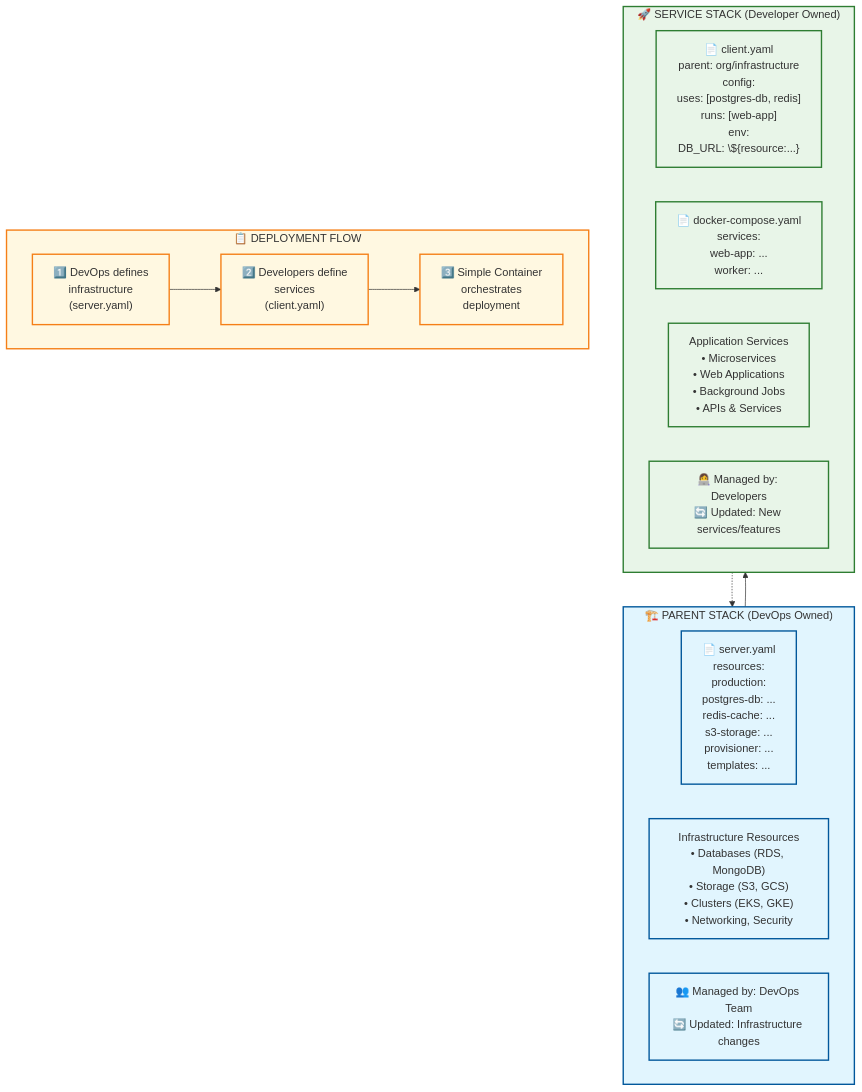
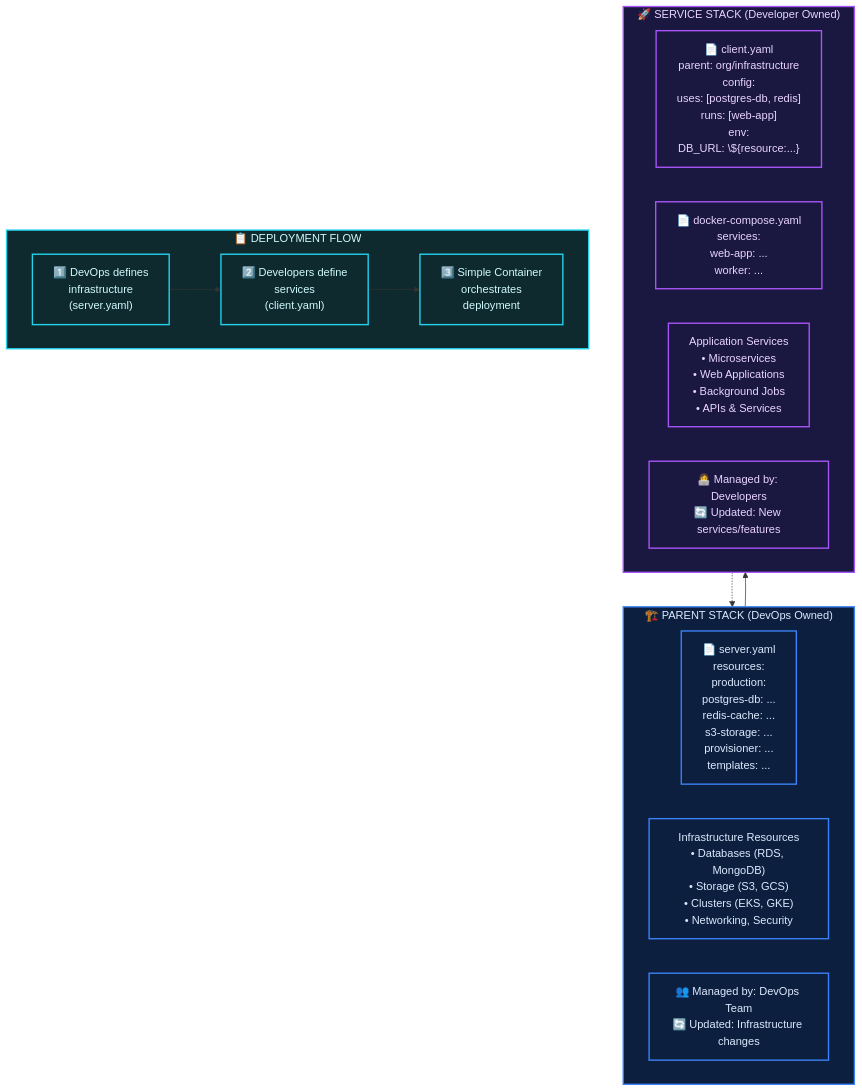
One commit to simple-container-com/api changed the diagram in docs/docs/concepts/main-concepts.md. Above: the diagram before and after it, drawn with Mermaid.

Commit message:
docs: dark mermaid classDef fills on main-concepts diagram
The Architecture Overview diagram had hardcoded pastel classDef
fills (#e1f5fe, #e8f5e8, #fff8e1) that override the global mermaid
theme variables. On the dark page background these rendered as
near-white blobs with dark green/blue text — unreadable.

Replace with dark fills aligned to landing palette while keeping
three-way distinction between subgraphs:
- parentStack: dark blue (#0c1f3f / #3b82f6 stroke / #dbeafe text)
- serviceStack: dark purple (#1a1740 / #a855f7 / #e9d5ff)
- deployFlow: dark cyan (#0f2a2e / #22d3ee / #cffafe)

````diff
--- a/docs/docs/concepts/main-concepts.md
+++ b/docs/docs/concepts/main-concepts.md
@@ -16,35 +16,35 @@
 ```mermaid
 graph TB
     subgraph PS ["🏗️ PARENT STACK (DevOps Owned)"]
         SY["📄 server.yaml<br/>resources:<br/>  production:<br/>    postgres-db: ...<br/>    redis-cache: ...<br/>    s3-storage: ...<br/>provisioner: ...<br/>templates: ..."]
         IR["Infrastructure Resources<br/>• Databases (RDS, MongoDB)<br/>• Storage (S3, GCS)<br/>• Clusters (EKS, GKE)<br/>• Networking, Security"]
         PSN["👥 Managed by: DevOps Team<br/>🔄 Updated: Infrastructure changes"]
     end
     
     subgraph SS ["🚀 SERVICE STACK (Developer Owned)"]
         CY["📄 client.yaml<br/>parent: org/infrastructure<br/>config:<br/>  uses: [postgres-db, redis]<br/>  runs: [web-app]<br/>  env:<br/>    DB_URL: \${resource:...}"]
         DC["📄 docker-compose.yaml<br/>services:<br/>  web-app: ...<br/>  worker: ..."]
         AS["Application Services<br/>• Microservices<br/>• Web Applications<br/>• Background Jobs<br/>• APIs & Services"]
         SSN["👩‍💻 Managed by: Developers<br/>🔄 Updated: New services/features"]
     end
     
     subgraph DF ["📋 DEPLOYMENT FLOW"]
         S1["1️⃣ DevOps defines<br/>infrastructure<br/>(server.yaml)"]
         S2["2️⃣ Developers define<br/>services<br/>(client.yaml)"]
         S3["3️⃣ Simple Container<br/>orchestrates<br/>deployment"]
         
         S1 --> S2
         S2 --> S3
     end
     
     PS --> SS
     SS -.-> PS
     
-    classDef parentStack fill:#e1f5fe,stroke:#01579b,stroke-width:2px
-    classDef serviceStack fill:#e8f5e8,stroke:#2e7d32,stroke-width:2px
-    classDef deployFlow fill:#fff8e1,stroke:#f57f17,stroke-width:2px
+    classDef parentStack fill:#0c1f3f,stroke:#3b82f6,stroke-width:2px,color:#dbeafe
+    classDef serviceStack fill:#1a1740,stroke:#a855f7,stroke-width:2px,color:#e9d5ff
+    classDef deployFlow fill:#0f2a2e,stroke:#22d3ee,stroke-width:2px,color:#cffafe
     
     class PS,SY,IR,PSN parentStack
     class SS,CY,DC,AS,SSN serviceStack
     class DF,S1,S2,S3 deployFlow
 ```
````
